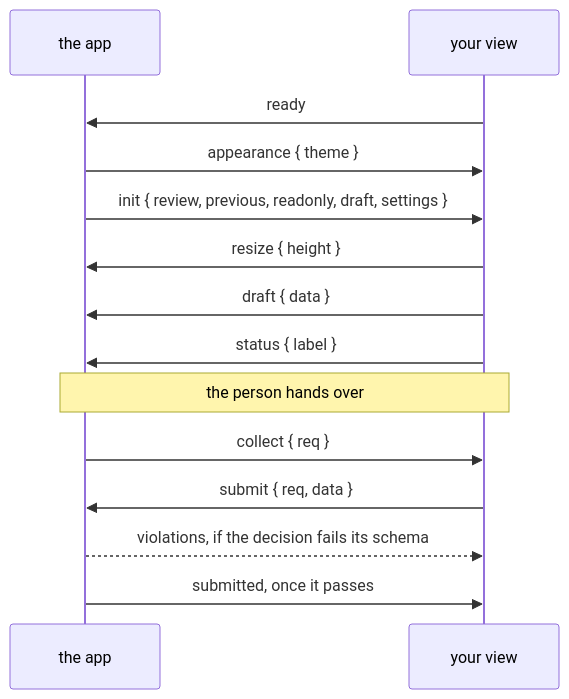
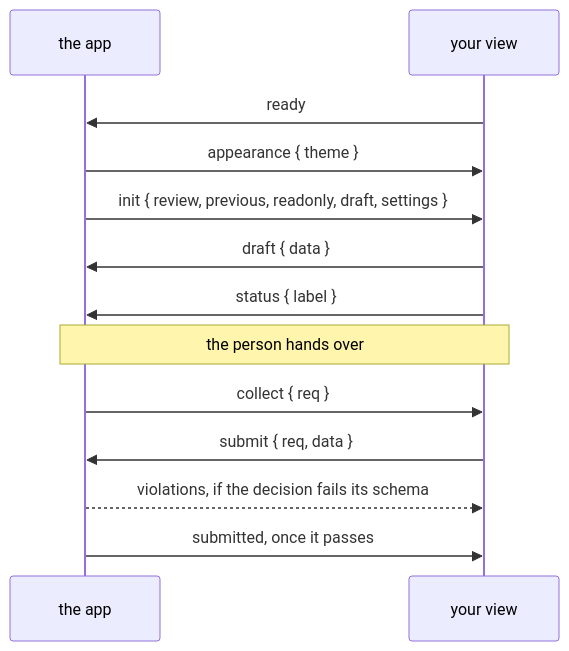
One commit to forgeplane/pinrail changed the diagram in docs/building/protocol.md. Above: the diagram before and after it, drawn with Mermaid. The commit also changed other lines of this file and 3 other files, not shown here.

````diff
--- a/docs/building/protocol.md
+++ b/docs/building/protocol.md
@@ -22,16 +22,15 @@
 ```mermaid title="A review's life, from the view's side"
 sequenceDiagram
   participant S as the app
   participant V as your view
   V->>S: ready
   S->>V: appearance { theme }
   S->>V: init { review, previous, readonly, draft, settings }
-  V->>S: resize { height }
   V->>S: draft { data }
   V->>S: status { label }
   Note over S,V: the person hands over
   S->>V: collect { req }
   V->>S: submit { req, data }
   S-->>V: violations, if the decision fails its schema
   S->>V: submitted, once it passes
 ```
````
